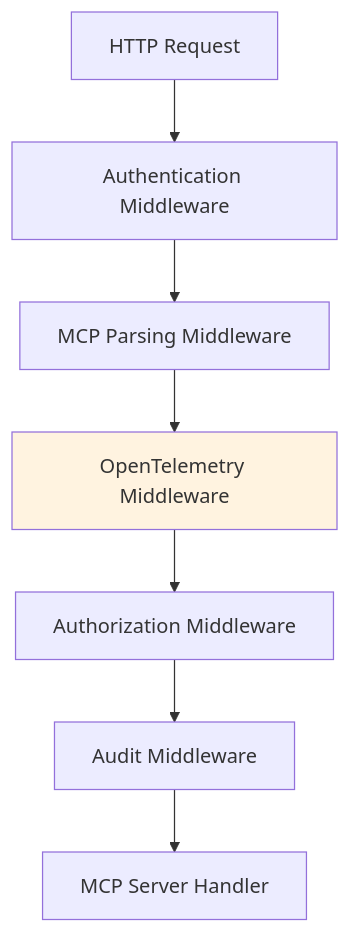
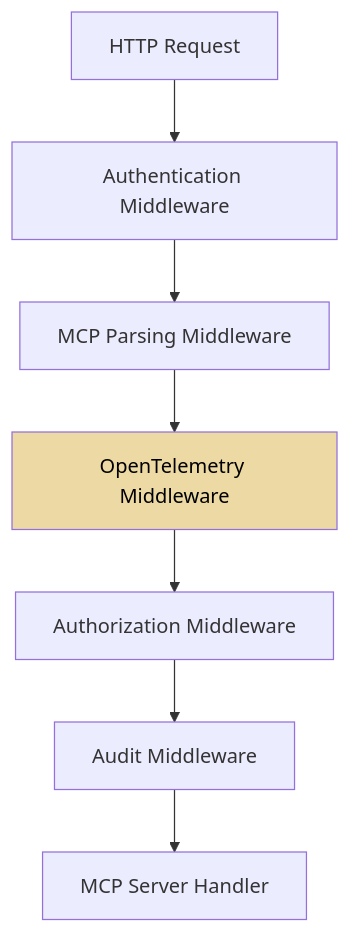
One commit to stacklok/toolhive changed the second of 2 diagrams in docs/observability.md. Above: the diagram before and after it, drawn with Mermaid. The commit also changed other lines of this file, not shown here.

````diff
--- a/docs/observability.md
+++ b/docs/observability.md
@@ -561,11 +66,11 @@
 ```mermaid
 graph TD
     A[HTTP Request] --> B[Authentication Middleware]
     B --> C[MCP Parsing Middleware]
     C --> D[OpenTelemetry Middleware]
     D --> E[Authorization Middleware]
     E --> F[Audit Middleware]
     F --> G[MCP Server Handler]
-    
-    style D fill:#fff3e0
+
+    style D fill:#EDD9A3,color:#000;
 ```
````
